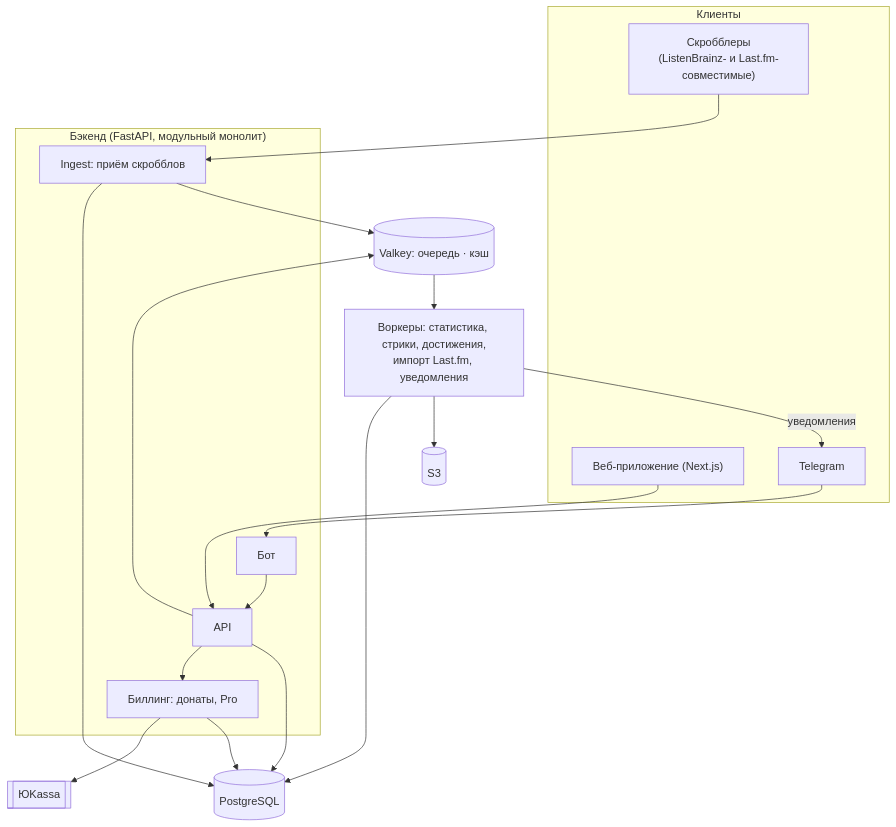
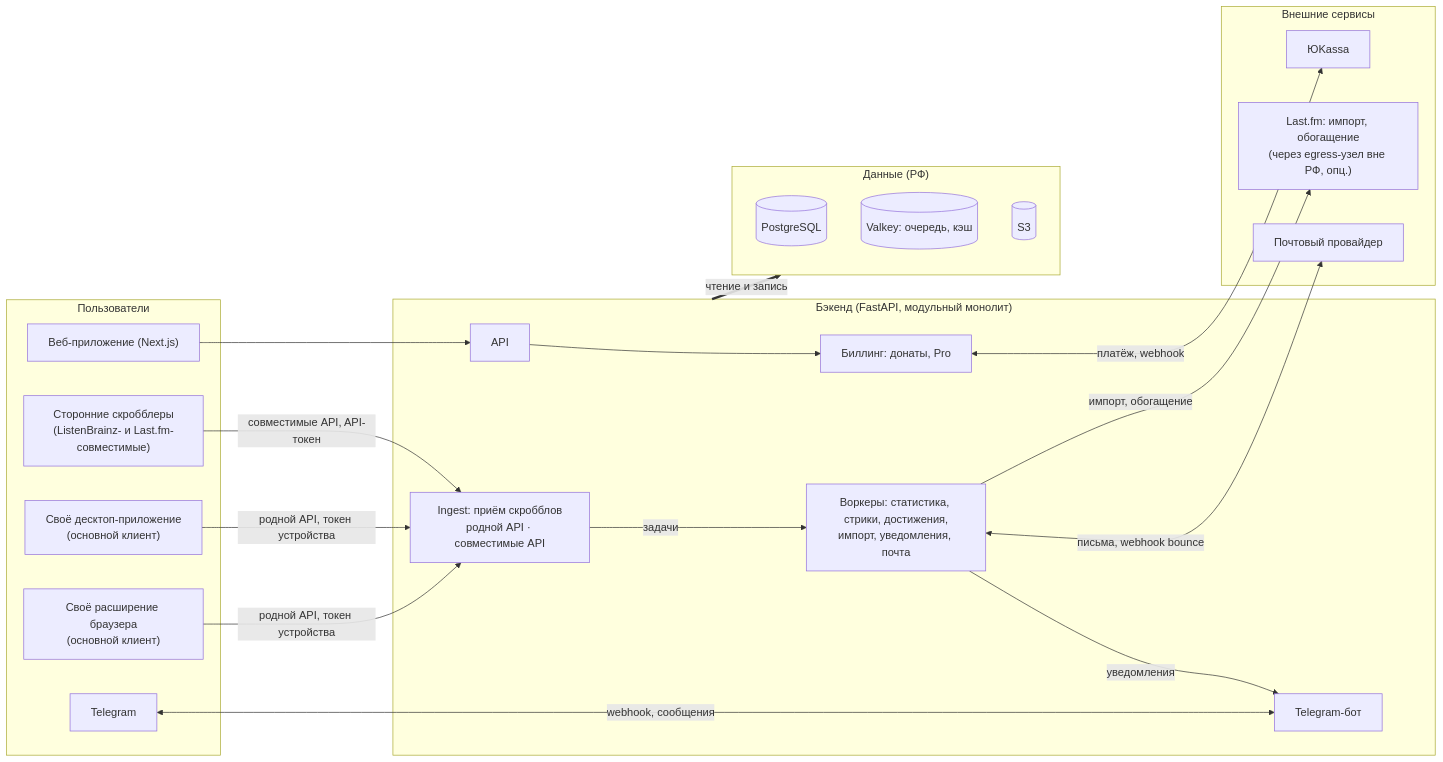
The diagram in README.md (fighxy/scrobb), drawn with Mermaid before and after one commit. The commit also changed other lines of this file and 3 other files, not shown here.

Commit message:
docs: свои клиенты (расширение, десктоп), новая схема архитектуры

````diff
--- a/README.md
+++ b/README.md
@@ -52,33 +54,44 @@
 ```mermaid
-flowchart TB
-  subgraph Clients["Клиенты"]
-    CL["Скробблеры<br/>(ListenBrainz- и Last.fm-совместимые)"]
+---
+config:
+  layout: dagre
+---
+flowchart LR
+  subgraph U["Пользователи"]
     WEB["Веб-приложение (Next.js)"]
-    TG["Telegram"]
+    EXT["Своё расширение браузера<br/>(основной клиент)"]
+    DESK["Своё десктоп-приложение<br/>(основной клиент)"]
+    THIRD["Сторонние скробблеры<br/>(ListenBrainz- и Last.fm-совместимые)"]
+    TGU["Telegram"]
   end
-  subgraph App["Бэкенд (FastAPI, модульный монолит)"]
-    ING["Ingest: приём скробблов"]
+  subgraph B["Бэкенд (FastAPI, модульный монолит)"]
     API["API"]
-    BOT["Бот"]
+    ING["Ingest: приём скробблов<br/>родной API · совместимые API"]
     BILL["Биллинг: донаты, Pro"]
+    WRK["Воркеры: статистика, стрики, достижения,<br/>импорт, уведомления, почта"]
+    BOT["Telegram-бот"]
   end
-  WRK["Воркеры: статистика, стрики, достижения,<br/>импорт Last.fm, уведомления"]
-  PG[("PostgreSQL")]
-  VK[("Valkey: очередь · кэш")]
-  S3[("S3")]
-  YK[["ЮKassa"]]
+  subgraph D["Данные (РФ)"]
+    PG[("PostgreSQL")]
+    VK[("Valkey: очередь, кэш")]
+    S3[("S3")]
+  end
+  subgraph X["Внешние сервисы"]
+    YK["ЮKassa"]
+    LFM["Last.fm: импорт, обогащение<br/>(через egress-узел вне РФ, опц.)"]
+    MAIL["Почтовый провайдер"]
+  end
 
-  CL --> ING
   WEB --> API
-  TG --> BOT --> API
-  API --> BILL --> YK
-  ING --> PG
-  ING --> VK
-  API --> PG
-  API --> VK
-  BILL --> PG
-  VK --> WRK
-  WRK --> PG
-  WRK --> S3
-  WRK -- "уведомления" --> TG
+  EXT -- "родной API, токен устройства" --> ING
+  DESK -- "родной API, токен устройства" --> ING
+  THIRD -- "совместимые API, API-токен" --> ING
+  TGU <-- "webhook, сообщения" --> BOT
+  API --> BILL
+  ING -- "задачи" --> WRK
+  WRK -- "уведомления" --> BOT
+  BILL <-- "платёж, webhook" --> YK
+  WRK -- "импорт, обогащение" --> LFM
+  WRK <-- "письма, webhook bounce" --> MAIL
+  B == "чтение и запись" ==> D
 ```
````
